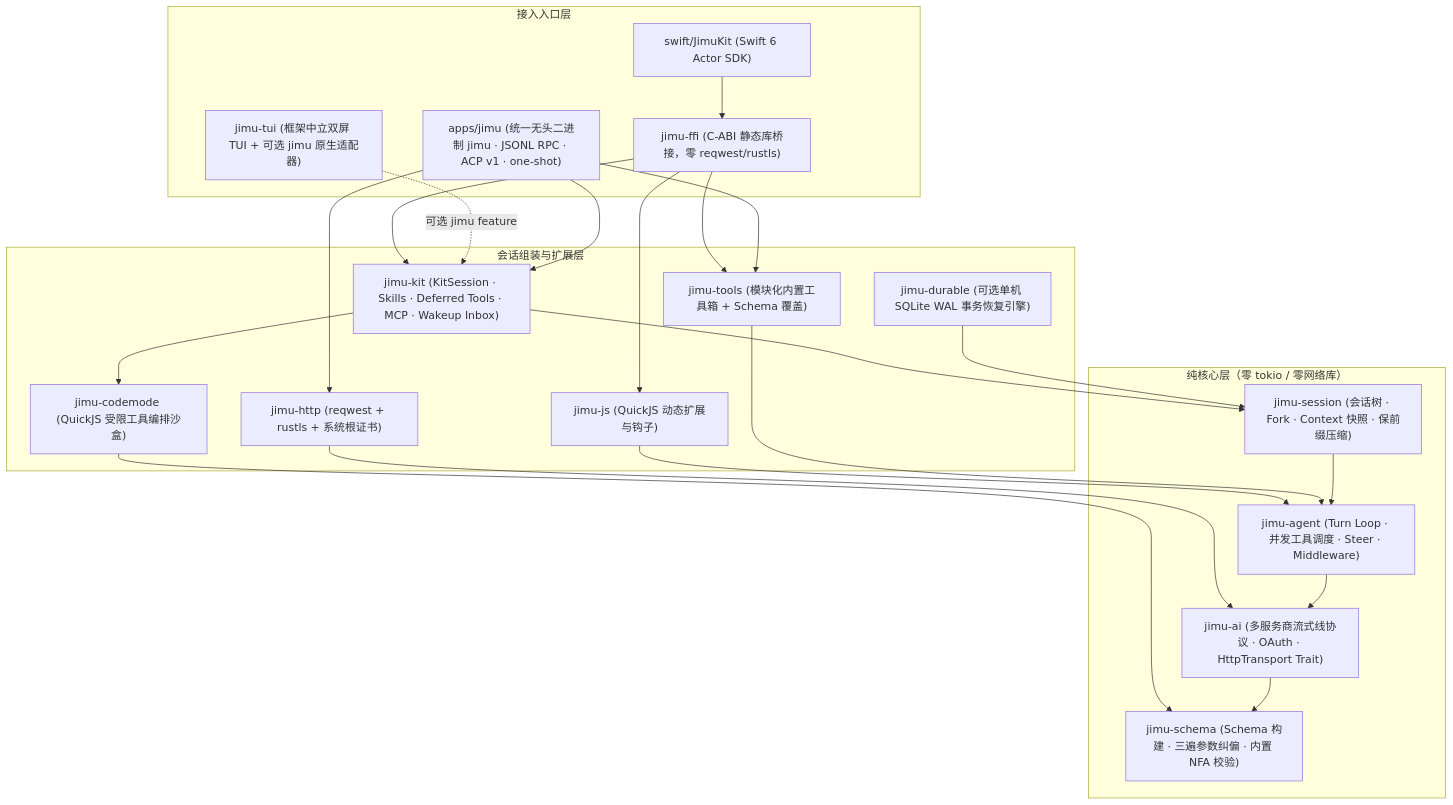
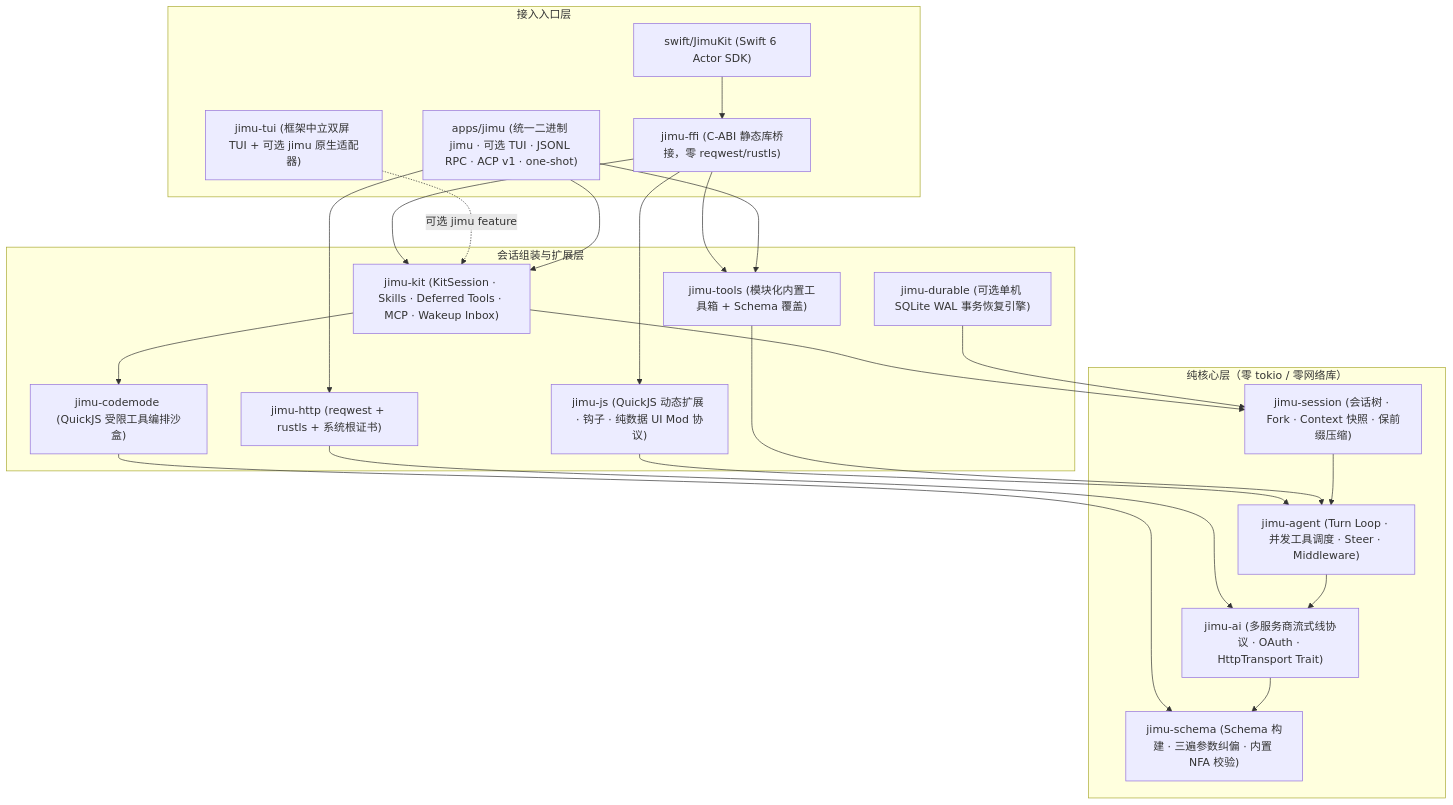
The second of 2 diagrams in docs/architecture.md (what1f/jimu), drawn with Mermaid before and after one commit. The commit also changed other lines of this file and 49 other files, not shown here.

Commit message:
feat(tui,apps): add custom themes, status_line, UI mods, and image paste

````diff
--- a/docs/architecture.md
+++ b/docs/architecture.md
@@ -43,46 +43,46 @@
 ```mermaid
 flowchart TD
     subgraph Entry["接入入口层"]
         Swift["swift/JimuKit (Swift 6 Actor SDK)"]
         FFI["jimu-ffi (C-ABI 静态库桥接，零 reqwest/rustls)"]
         TUI["jimu-tui (框架中立双屏 TUI + 可选 jimu 原生适配器)"]
-        CLI["apps/jimu (统一无头二进制 jimu · JSONL RPC · ACP v1 · one-shot)"]
+        CLI["apps/jimu (统一二进制 jimu · 可选 TUI · JSONL RPC · ACP v1 · one-shot)"]
     end
 
     subgraph Runtime["会话组装与扩展层"]
         Kit["jimu-kit (KitSession · Skills · Deferred Tools · MCP · Wakeup Inbox)"]
         Tools["jimu-tools (模块化内置工具箱 + Schema 覆盖)"]
         Durable["jimu-durable (可选单机 SQLite WAL 事务恢复引擎)"]
-        JS["jimu-js (QuickJS 动态扩展与钩子)"]
+        JS["jimu-js (QuickJS 动态扩展 · 钩子 · 纯数据 UI Mod 协议)"]
         CodeMode["jimu-codemode (QuickJS 受限工具编排沙盒)"]
         HTTP["jimu-http (reqwest + rustls + 系统根证书)"]
     end
 
     subgraph Core["纯核心层（零 tokio / 零网络库）"]
         Session["jimu-session (会话树 · Fork · Context 快照 · 保前缀压缩)"]
         Agent["jimu-agent (Turn Loop · 并发工具调度 · Steer · Middleware)"]
         AI["jimu-ai (多服务商流式线协议 · OAuth · HttpTransport Trait)"]
         Schema["jimu-schema (Schema 构建 · 三遍参数纠偏 · 内置 NFA 校验)"]
     end
 
     Swift --> FFI
     FFI --> Kit
     FFI --> Tools
     FFI --> JS
     TUI -.->|"可选 jimu feature"| Kit
     CLI --> Kit
     CLI --> Tools
     CLI --> HTTP
 
     Kit --> Session
     Kit --> CodeMode
     Durable --> Session
     JS --> Agent
     Tools --> Agent
     CodeMode --> Schema
     HTTP --> AI
 
     Session --> Agent
     Agent --> AI
     AI --> Schema
 ```
````
